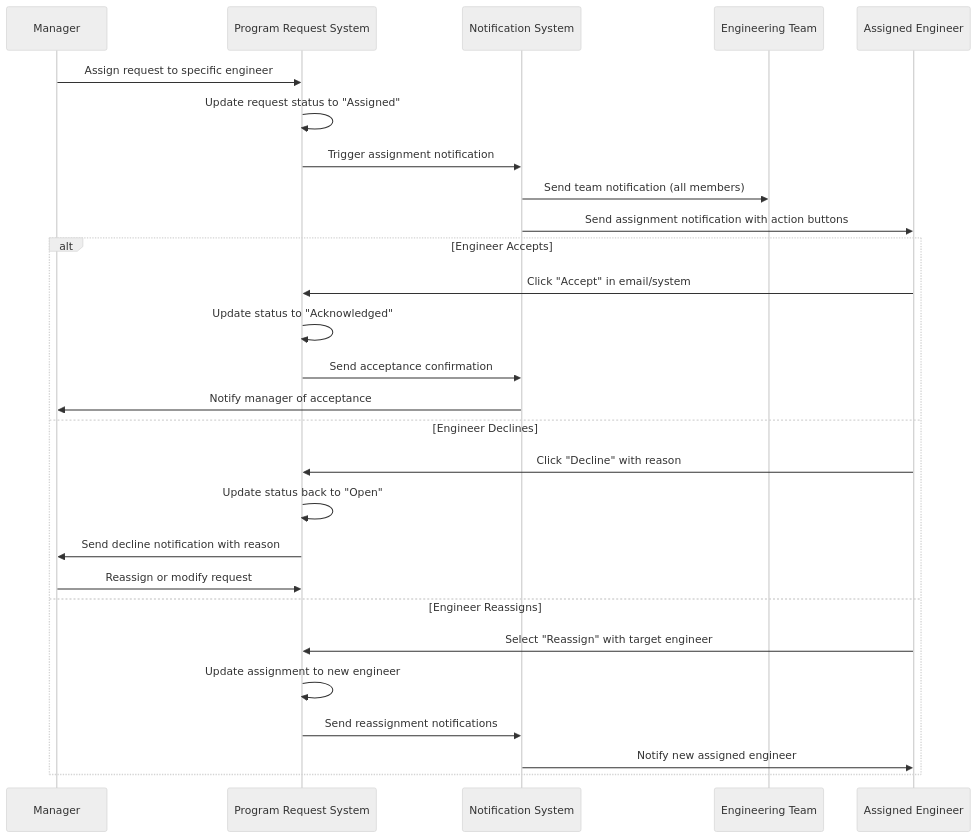
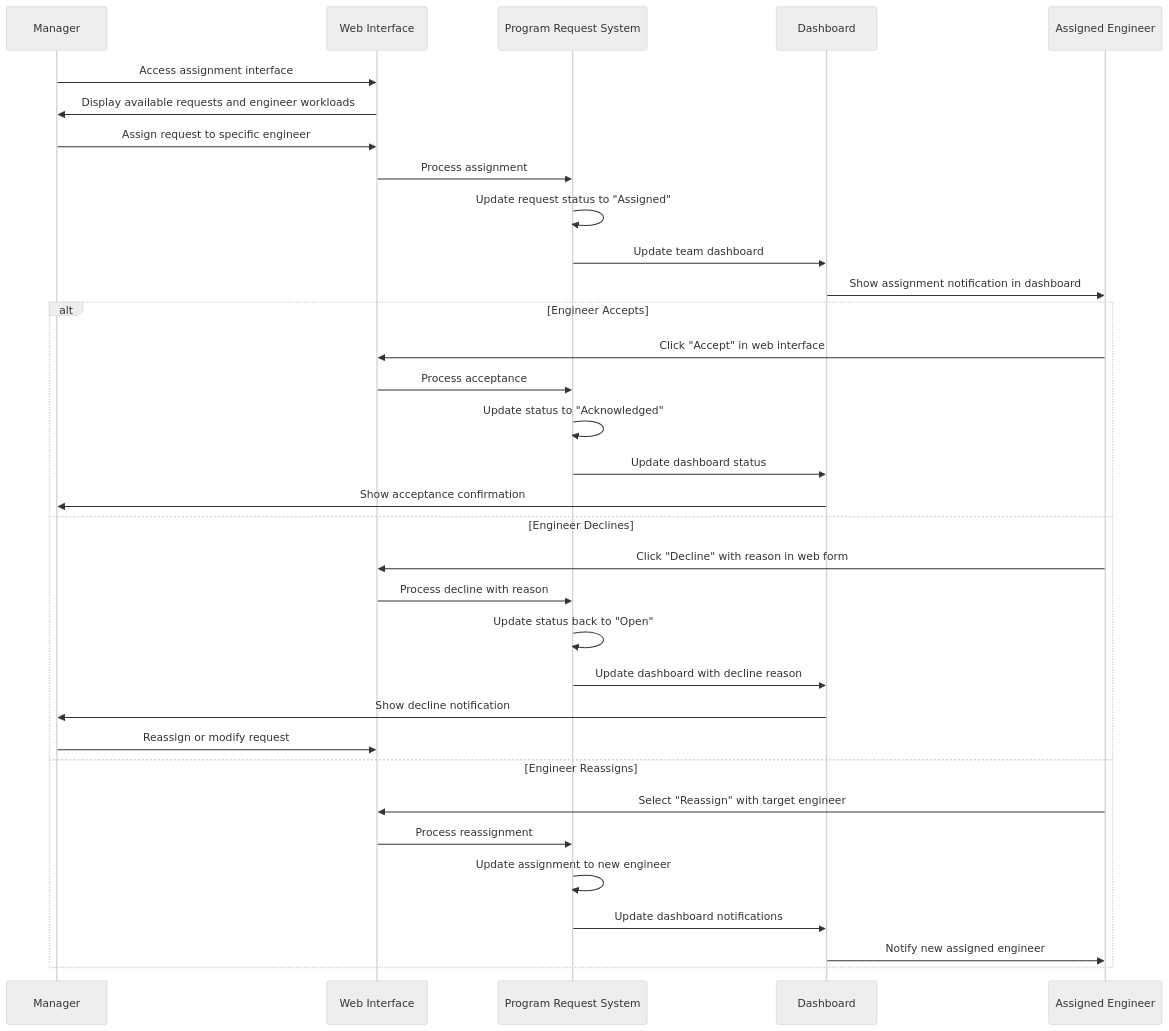
One commit to zhongadamwang/PRG changed the third of 9 diagrams in orgModel/01 - Program Request Management/collaboration.md. Above: the diagram before and after it, drawn with Mermaid (neutral theme). The commit also changed other lines of this file and 13 other files, not shown here.

````diff
--- a/orgModel/01 - Program Request Management/collaboration.md
+++ b/orgModel/01 - Program Request Management/collaboration.md
@@ -32,31 +52,37 @@
 ```mermaid
 sequenceDiagram
     participant M as Manager
+    participant WI as Web Interface
     participant PRS as Program Request System
-    participant NT as Notification System
-    participant ET as Engineering Team  
+    participant DB as Dashboard
     participant E as Assigned Engineer
 
-    M->>PRS: Assign request to specific engineer
+    M->>WI: Access assignment interface
+    WI->>M: Display available requests and engineer workloads
+    M->>WI: Assign request to specific engineer
+    WI->>PRS: Process assignment
     PRS->>PRS: Update request status to "Assigned"
-    PRS->>NT: Trigger assignment notification
-    NT->>ET: Send team notification (all members)
-    NT->>E: Send assignment notification with action buttons
+    PRS->>DB: Update team dashboard
+    DB->>E: Show assignment notification in dashboard
     
     alt Engineer Accepts
-        E->>PRS: Click "Accept" in email/system
+        E->>WI: Click "Accept" in web interface
+        WI->>PRS: Process acceptance
         PRS->>PRS: Update status to "Acknowledged" 
-        PRS->>NT: Send acceptance confirmation
-        NT->>M: Notify manager of acceptance
+        PRS->>DB: Update dashboard status
+        DB->>M: Show acceptance confirmation
     else Engineer Declines  
-        E->>PRS: Click "Decline" with reason
+        E->>WI: Click "Decline" with reason in web form
+        WI->>PRS: Process decline with reason
         PRS->>PRS: Update status back to "Open"
-        PRS->>M: Send decline notification with reason
-        M->>PRS: Reassign or modify request
+        PRS->>DB: Update dashboard with decline reason
+        DB->>M: Show decline notification
+        M->>WI: Reassign or modify request
     else Engineer Reassigns
-        E->>PRS: Select "Reassign" with target engineer
+        E->>WI: Select "Reassign" with target engineer
+        WI->>PRS: Process reassignment
         PRS->>PRS: Update assignment to new engineer
-        PRS->>NT: Send reassignment notifications
-        NT->>E: Notify new assigned engineer
+        PRS->>DB: Update dashboard notifications
+        DB->>E: Notify new assigned engineer
     end
 ```
````
